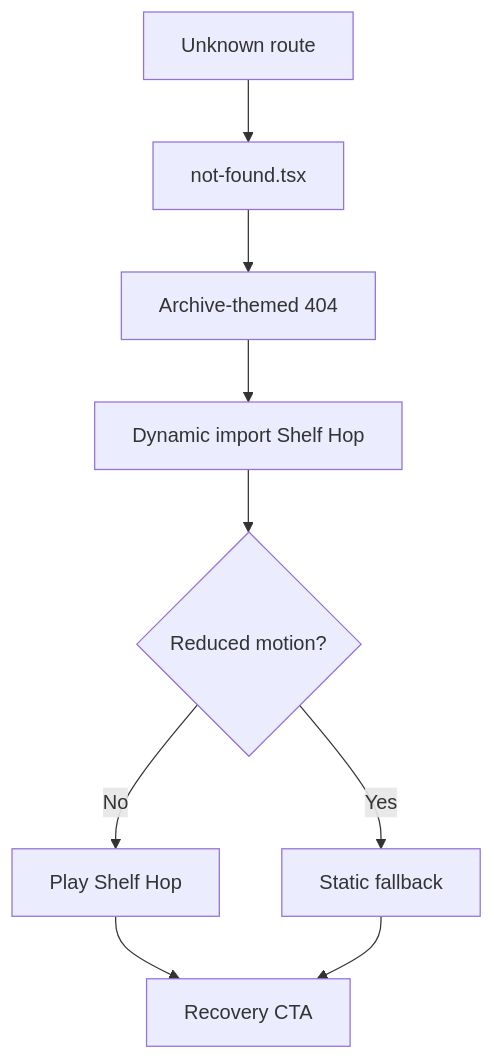
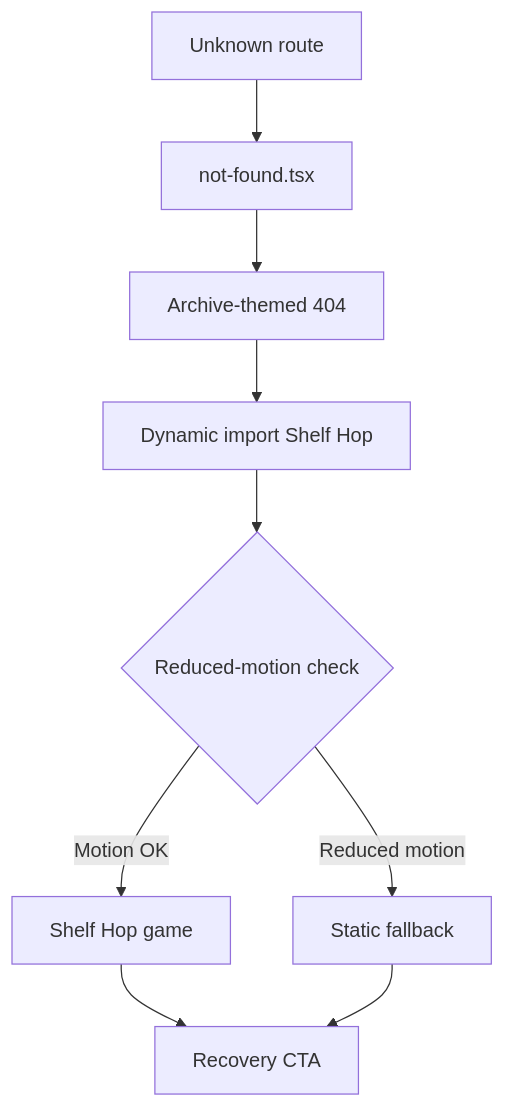
Before and after one commit to RPK2103/the-build-archive-showcase: the fourth of 4 diagrams in README.md, drawn with Mermaid. The commit also changed other lines of this file and 7 other files, not shown here.

````diff
--- a/README.md
+++ b/README.md
@@ -163,11 +157,11 @@
 ```mermaid
 flowchart TD
-    A[Unknown route] --> B[not-found.tsx]
-    B --> C[Archive-themed 404]
-    C --> D[Dynamic import Shelf Hop]
-    D --> E{Reduced motion?}
-    E -->|No| F[Play Shelf Hop]
-    E -->|Yes| G[Static fallback]
-    F --> H[Recovery CTA]
-    G --> H
+  A[Unknown route] --> B[not-found.tsx]
+  B --> C[Archive-themed 404]
+  C --> D[Dynamic import Shelf Hop]
+  D --> E{Reduced-motion check}
+  E -->|Motion OK| F[Shelf Hop game]
+  E -->|Reduced motion| G[Static fallback]
+  F --> H[Recovery CTA]
+  G --> H
 ```
````
